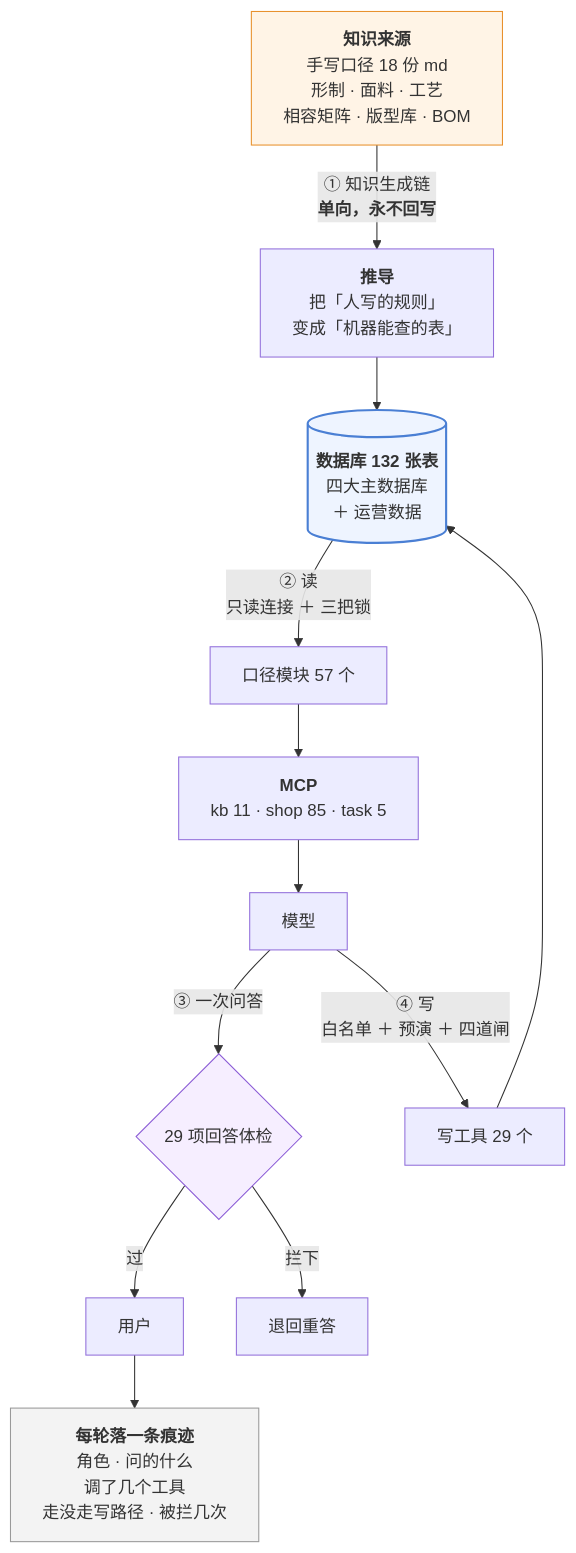
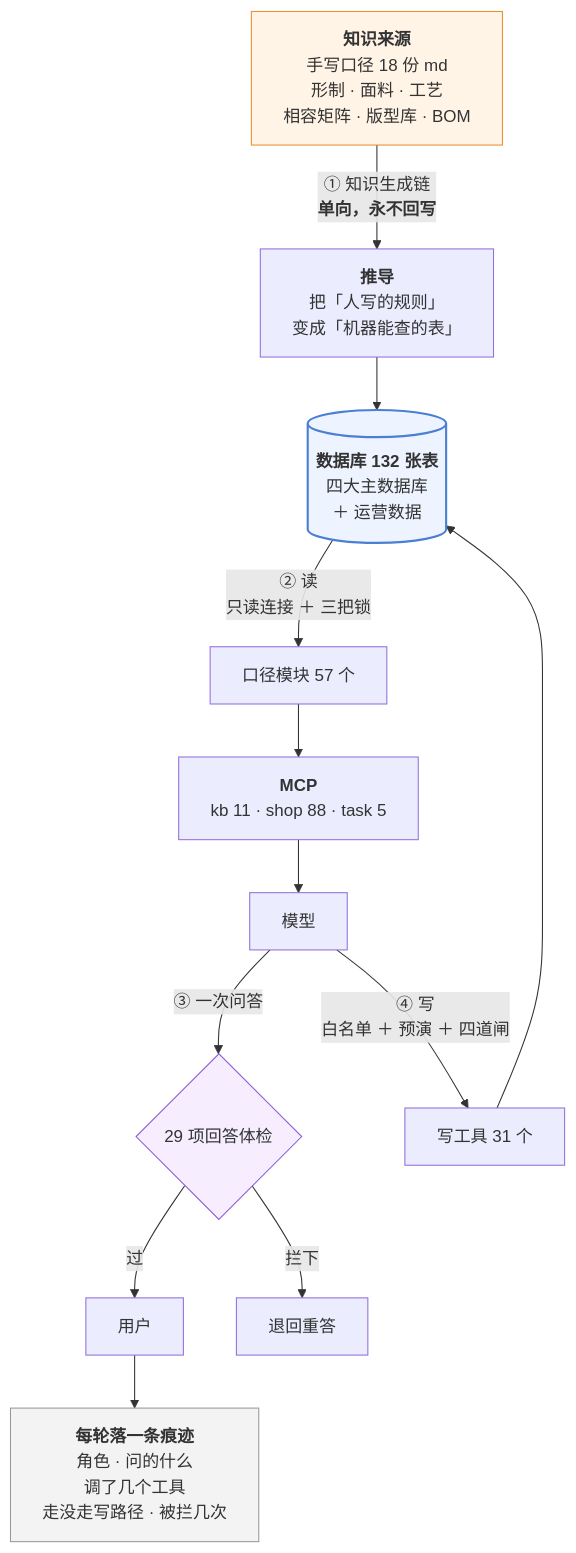
One commit to 843773296-rgb/lanxiu-yunshang-agent changed the third of 3 diagrams in 澜绣云裳agent-产品说明.md. Above: the diagram before and after it, drawn with Mermaid. The commit also changed other lines of this file and 11 other files, not shown here.

````diff
--- a/澜绣云裳agent-产品说明.md
+++ b/澜绣云裳agent-产品说明.md
@@ -1046,24 +1049,24 @@
 ```mermaid
 flowchart TD
     MD["<b>知识来源</b><br/>手写口径 18 份 md<br/>形制 · 面料 · 工艺<br/>相容矩阵 · 版型库 · BOM"]
     MD -->|"① 知识生成链<br/><b>单向，永不回写</b>"| DV["<b>推导</b><br/>把「人写的规则」<br/>变成「机器能查的表」"]
     DV --> DB[("<b>数据库 132 张表</b><br/>四大主数据库<br/>＋ 运营数据")]
 
     DB -->|"② 读<br/>只读连接 ＋ 三把锁"| KJ["口径模块 57 个"]
-    KJ --> MCP["<b>MCP</b><br/>kb 11 · shop 85 · task 5"]
+    KJ --> MCP["<b>MCP</b><br/>kb 11 · shop 88 · task 5"]
     MCP --> LLM["模型"]
 
     LLM -->|"③ 一次问答"| GD{"29 项回答体检"}
     GD -- 过 --> U["用户"]
     GD -- 拦下 --> RE["退回重答"]
 
-    LLM -->|"④ 写<br/>白名单 ＋ 预演 ＋ 四道闸"| W["写工具 29 个"]
+    LLM -->|"④ 写<br/>白名单 ＋ 预演 ＋ 四道闸"| W["写工具 31 个"]
     W --> DB
 
     U --> TR["<b>每轮落一条痕迹</b><br/>角色 · 问的什么<br/>调了几个工具<br/>走没走写路径 · 被拦几次"]
 
     style MD fill:#fff4e6,stroke:#e8912d
     style DB fill:#eef4ff,stroke:#4a7fd4,stroke-width:2px
     style GD fill:#f6eeff,stroke:#8b5cd6
     style TR fill:#f3f3f3,stroke:#999
 ```
````
